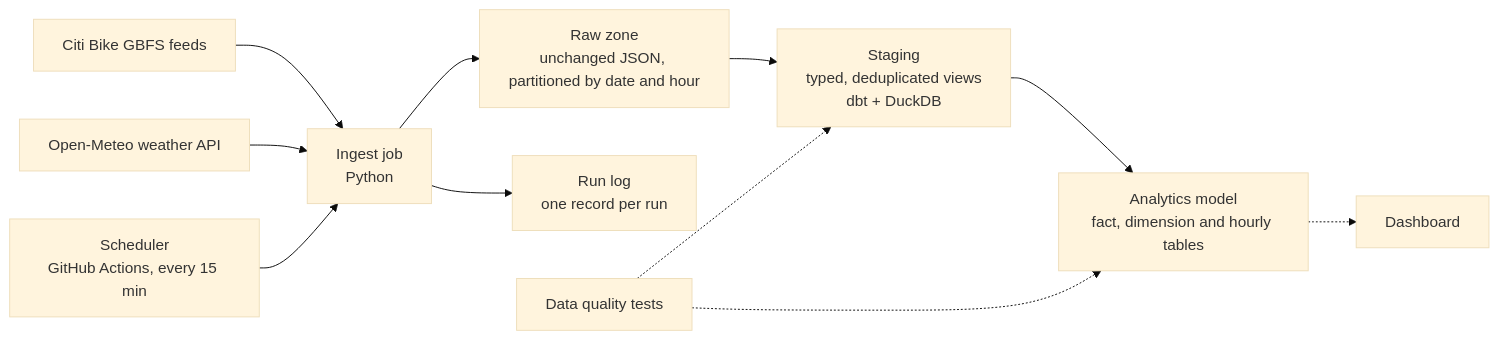
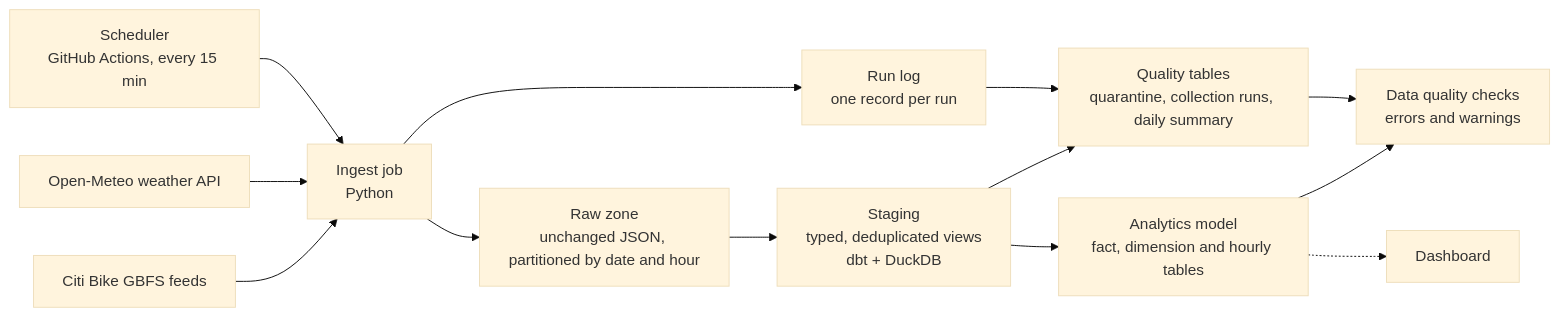
One commit to DTOX10011/bikeshare-data-pipeline changed the first of 2 diagrams in README.md. Above: the diagram before and after it, drawn with Mermaid (base theme). The commit also changed other lines of this file and 28 other files, not shown here.

First line of the commit message:
Milestone 4: data quality checks, quarantine, and a daily quality summary

````diff
--- a/README.md
+++ b/README.md
@@ -11,13 +11,15 @@
 ```mermaid
 flowchart LR
     A[Citi Bike GBFS feeds] --> B[Ingest job<br>Python]
     W[Open-Meteo weather API] --> B
     H[Scheduler<br>GitHub Actions, every 15 min] --> B
     B --> C[Raw zone<br>unchanged JSON, partitioned by date and hour]
     B --> L[Run log<br>one record per run]
     C --> D[Staging<br>typed, deduplicated views<br>dbt + DuckDB]
     D --> E[Analytics model<br>fact, dimension and hourly tables]
+    D --> Q[Quality tables<br>quarantine, collection runs, daily summary]
+    L --> Q
+    E --> G[Data quality checks<br>errors and warnings]
+    Q --> G
     E -.-> F[Dashboard]
-    G[Data quality tests] -.-> D
-    G -.-> E
 ```
````
